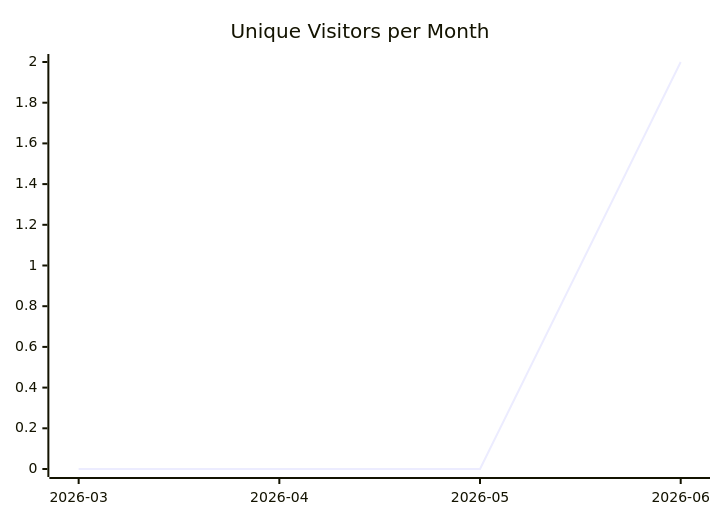
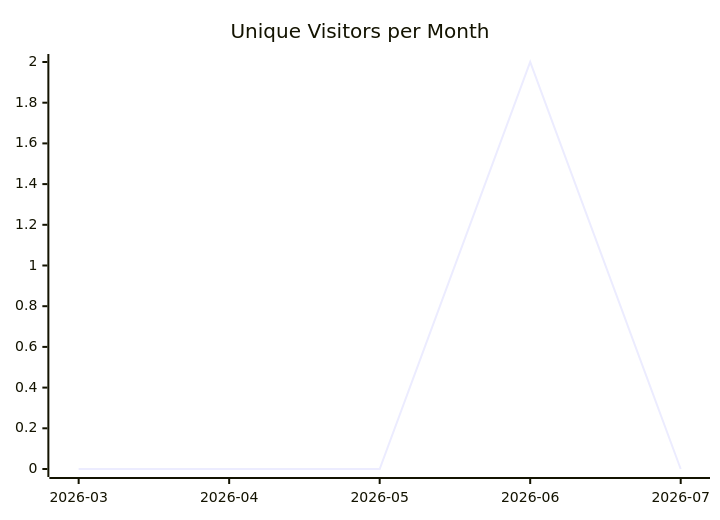
One commit to justdavis-family/github-analytics-data changed the first of 3 diagrams in karlmdavis/ansible-role-ldap/README.md. Above: the diagram before and after it, drawn with Mermaid. The commit also changed other lines of this file and 199 other files, not shown here.

````diff
--- a/karlmdavis/ansible-role-ldap/README.md
+++ b/karlmdavis/ansible-role-ldap/README.md
@@ -5,6 +5,6 @@
 ```mermaid
 xychart-beta
   title "Unique Visitors per Month"
-  x-axis ["2026-03", "2026-04", "2026-05", "2026-06"]
-  line [0, 0, 0, 2]
+  x-axis ["2026-03", "2026-04", "2026-05", "2026-06", "2026-07"]
+  line [0, 0, 0, 2, 0]
 ```
````
